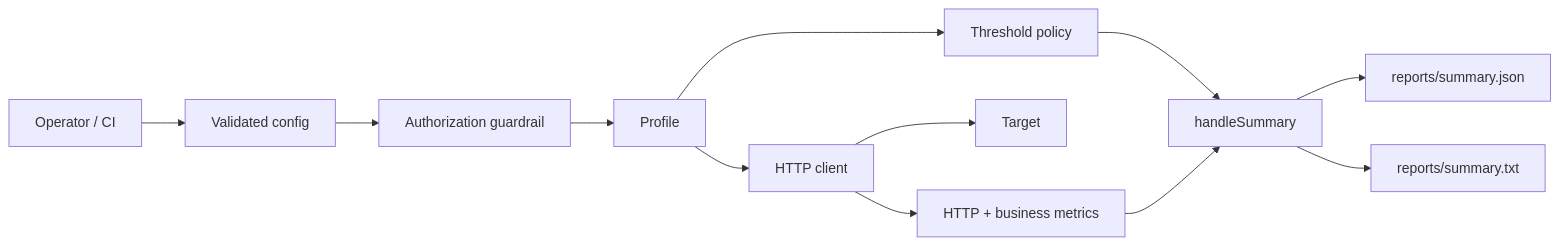
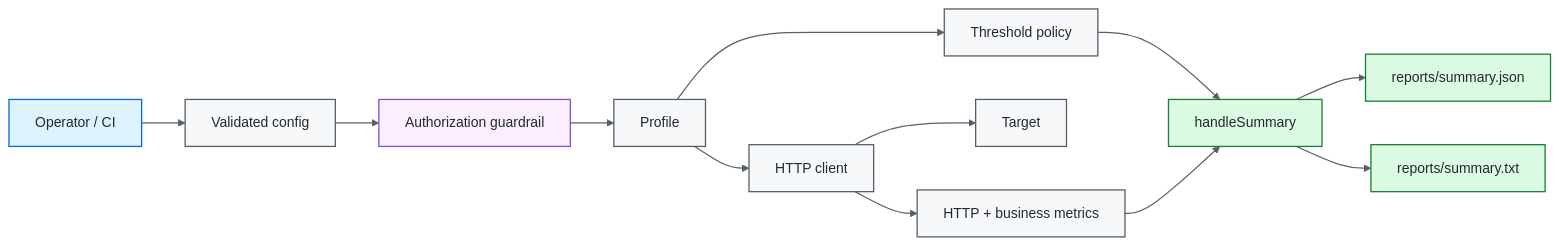
The second of 3 diagrams in README.md (portyu9/qa-automation-load-k6), drawn with Mermaid before and after one commit. The commit also changed other lines of this file, not shown here.

Commit message:
Polish badges and Mermaid diagrams (#8)

````diff
--- a/README.md
+++ b/README.md
@@ -65,14 +76,24 @@
 ```mermaid
 flowchart LR
     OP[Operator / CI] --> CFG[Validated config]
     CFG --> AUTH[Authorization guardrail]
     AUTH --> PROFILE[Profile]
     PROFILE --> CLIENT[HTTP client]
     PROFILE --> SLO[Threshold policy]
     CLIENT --> TARGET[Target]
     CLIENT --> METRIC[HTTP + business metrics]
     SLO --> SUMMARY[handleSummary]
     METRIC --> SUMMARY
     SUMMARY --> JSON[reports/summary.json]
     SUMMARY --> TXT[reports/summary.txt]
+
+    classDef entry fill:#ddf4ff,stroke:#0969da,color:#24292f,stroke-width:1.5px;
+    classDef core fill:#f6f8fa,stroke:#57606a,color:#24292f,stroke-width:1.5px;
+    classDef gate fill:#fbefff,stroke:#8250df,color:#24292f,stroke-width:1.5px;
+    classDef evidence fill:#dafbe1,stroke:#1a7f37,color:#24292f,stroke-width:1.5px;
+    class OP entry;
+    class CFG,PROFILE,CLIENT,SLO,TARGET,METRIC core;
+    class AUTH gate;
+    class SUMMARY,JSON,TXT evidence;
+    linkStyle default stroke:#57606a,stroke-width:1.4px;
 ```
````
